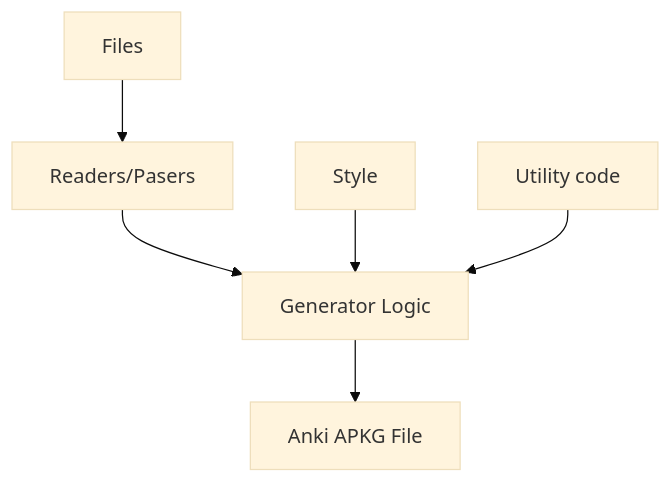
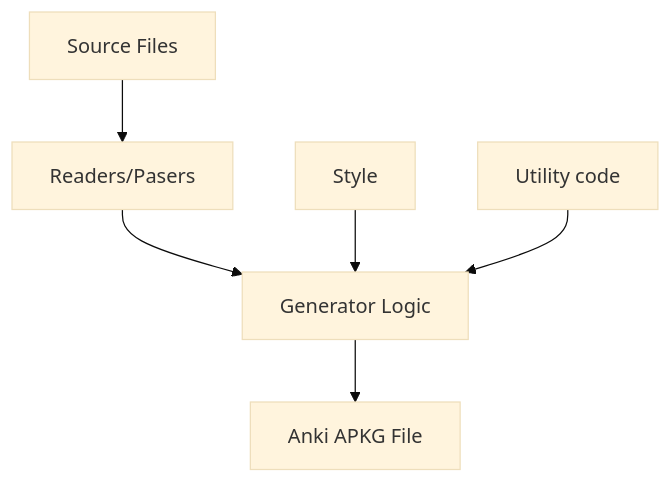
The second of 3 diagrams in doc/mep/mep01.adoc (guiferviz/mnemocards), drawn with Mermaid (base theme) before and after one commit. The commit also changed other lines of this file, not shown here.

```diff
--- a/doc/mep/mep01.adoc
+++ b/doc/mep/mep01.adoc
@@ -50,9 +43,9 @@
 [mermaid]
 ....
 graph TD
-    FILE[Files] --> READ[Readers/Pasers]
+    FILE[Source Files] --> READ[Readers/Pasers]
     READ --> GEN[Generator Logic]
     STYLE[Style] --> GEN
     UTIL[Utility code] --> GEN
     GEN --> APKG[Anki APKG File]
 ....
```
